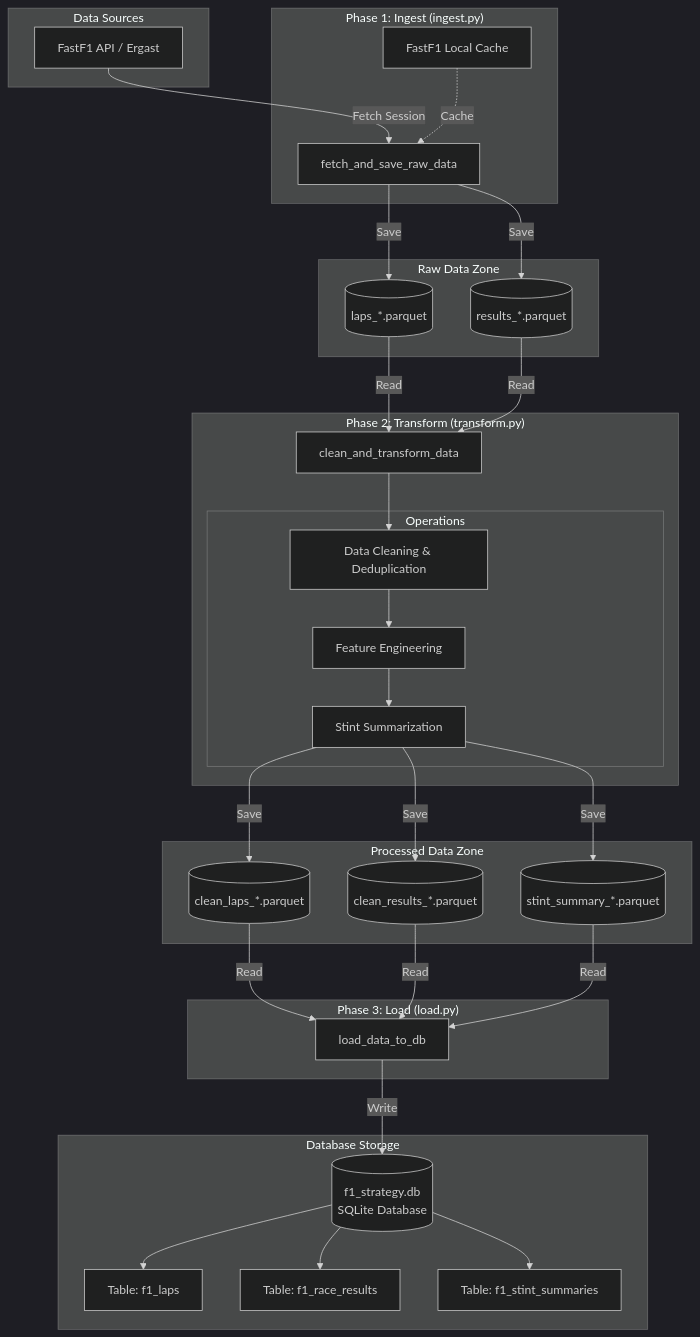
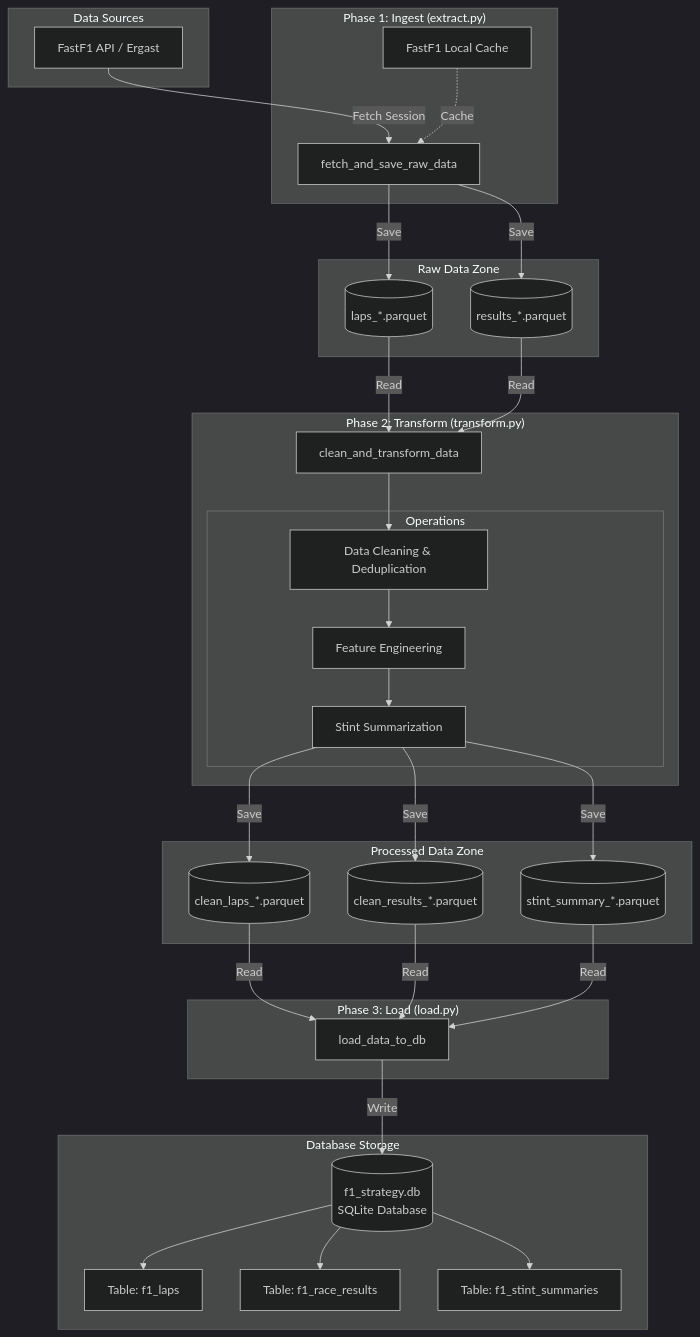
One commit to Chanthul4054/F1-Strategy-Predictor changed the diagram in README.md. Above: the diagram before and after it, drawn with Mermaid (dark theme). The commit also changed other lines of this file and 2 other files, not shown here.

````diff
--- a/README.md
+++ b/README.md
@@ -119,68 +119,68 @@
 ```mermaid
 flowchart TD
     subgraph DS["Data Sources"]
         API["FastF1 API / Ergast"]
     end
 
-    subgraph P1["Phase 1: Ingest (ingest.py)"]
+    subgraph P1["Phase 1: Ingest (extract.py)"]
         A["fetch_and_save_raw_data"]
         C["FastF1 Local Cache"]
     end
 
     subgraph RDZ["Raw Data Zone"]
         R1[("laps_*.parquet")]
         R2[("results_*.parquet")]
     end
 
     subgraph P2["Phase 2: Transform (transform.py)"]
         T["clean_and_transform_data"]
 
         subgraph OPS["Operations"]
             O1["Data Cleaning & Deduplication"]
             O2["Feature Engineering"]
             O3["Stint Summarization"]
         end
     end
 
     subgraph PDZ["Processed Data Zone"]
         P1A[("clean_laps_*.parquet")]
         P2A[("clean_results_*.parquet")]
         P3A[("stint_summary_*.parquet")]
     end
 
     subgraph P3L["Phase 3: Load (load.py)"]
         L["load_data_to_db"]
     end
 
     subgraph DBS["Database Storage"]
         DB[("f1_strategy.db<br/>SQLite Database")]
         TB1["Table: f1_laps"]
         TB2["Table: f1_race_results"]
         TB3["Table: f1_stint_summaries"]
     end
 
     API -->|"Fetch Session"| A
     C -.->|"Cache"| A
     A -->|"Save"| R1
     A -->|"Save"| R2
 
     R1 -->|"Read"| T
     R2 -->|"Read"| T
 
     T --> O1
     O1 --> O2
     O2 --> O3
 
     O3 -->|"Save"| P1A
     O3 -->|"Save"| P2A
     O3 -->|"Save"| P3A
 
     P1A -->|"Read"| L
     P2A -->|"Read"| L
     P3A -->|"Read"| L
 
     L -->|"Write"| DB
     DB --> TB1
     DB --> TB2
     DB --> TB3
 ```
````
